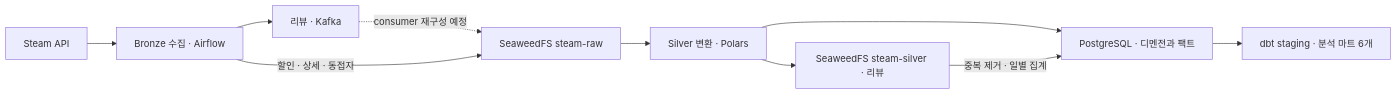
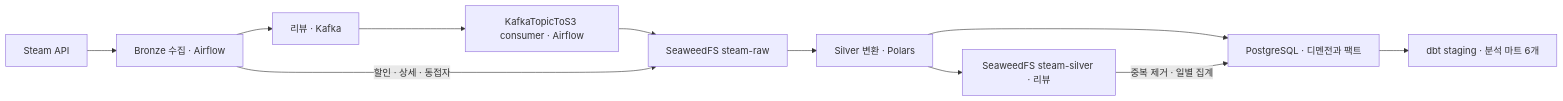
The diagram in README.md (zhfem05-star/steam_analysis), drawn with Mermaid before and after one commit. The commit also changed other lines of this file and 9 other files, not shown here.

First line of the commit message:
feat: Kafka 토픽을 S3 Parquet으로 적재하는 consumer 추가

````diff
--- a/README.md
+++ b/README.md
@@ -24,12 +24,13 @@
 ```mermaid
 flowchart LR
     API[Steam API] --> B[Bronze 수집 · Airflow]
     B --> K[리뷰 · Kafka]
-    K -.->|consumer 재구성 예정| RAW[SeaweedFS steam-raw]
+    K --> C[KafkaTopicToS3 consumer · Airflow]
+    C --> RAW[SeaweedFS steam-raw]
     B -->|할인 · 상세 · 동접자| RAW
     RAW --> S[Silver 변환 · Polars]
     S --> SR[SeaweedFS steam-silver · 리뷰]
     S --> DB[PostgreSQL · 디멘전과 팩트]
     SR -->|중복 제거 · 일별 집계| DB
     DB --> M[dbt staging · 분석 마트 6개]
 ```
````
